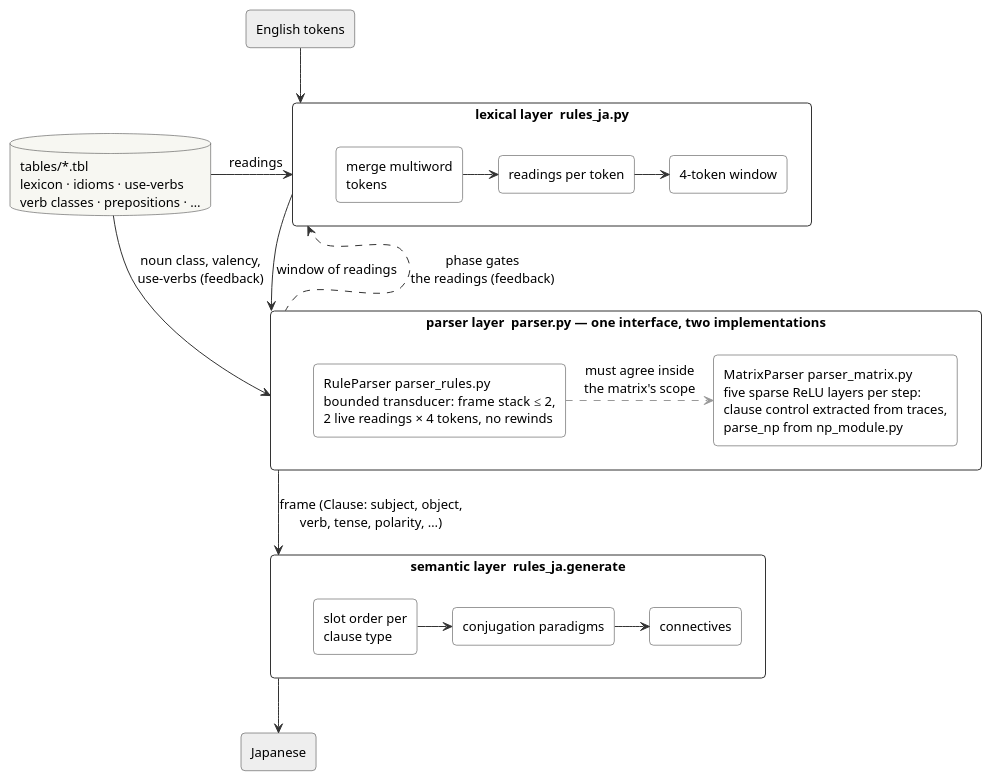
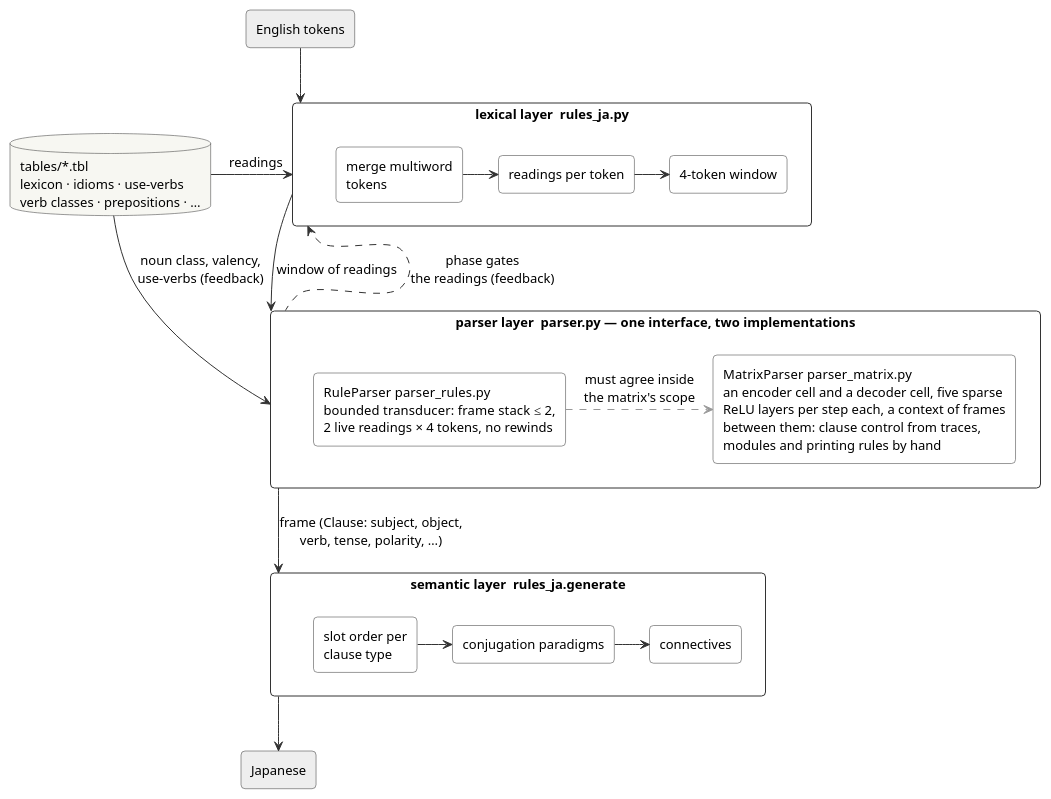
The diagram in docs/architecture.puml (liuzix/RNNTranslator), drawn with PlantUML before and after one commit. The commit also changed 21 other files, not shown here.

First line of the commit message:
encoder, context, decoder: the machine split into two cells, one frame per clause between them, read by hard attention

```diff
--- a/docs/architecture.puml
+++ b/docs/architecture.puml
@@ -1,54 +1,54 @@
 @startuml architecture
 ' The translator as a circuit: three layers, two feedback edges, and two implementations of the parser layer.
 ' Rendered hermetically by `harness/render_diagram.py` with the PlantUML jar pinned in docs/architecture.lock.json.
 skinparam shadowing false
 skinparam defaultFontName sans-serif
 skinparam defaultFontSize 13
 skinparam ArrowColor #333333
 skinparam rectangle {
   BorderColor #333333
   BackgroundColor #FFFFFF
   RoundCorner 8
 }
 skinparam database {
   BorderColor #333333
   BackgroundColor #F7F7F2
 }
 top to bottom direction
 
 rectangle "English tokens" as EN #EEEEEE
 
 rectangle "**lexical layer**  rules_ja.py" as LEX {
   rectangle "merge multiword\ntokens" as MERGE
   rectangle "readings per token" as READ
   rectangle "4-token window" as WIN
   MERGE -right-> READ
   READ -right-> WIN
 }
 
 rectangle "**parser layer**  parser.py — one interface, two implementations" as PARSE {
   rectangle "RuleParser  parser_rules.py\nbounded transducer: frame stack ≤ 2,\n2 live readings × 4 tokens, no rewinds" as RP
-  rectangle "MatrixParser  parser_matrix.py\nfive sparse ReLU layers per step:\nclause control extracted from traces,\nparse_np from np_module.py" as MP
+  rectangle "MatrixParser  parser_matrix.py\nan encoder cell and a decoder cell, five sparse\nReLU layers per step each, a context of frames\nbetween them: clause control from traces,\nmodules and printing rules by hand" as MP
   RP -right[#999999,dashed]-> MP : must agree inside\nthe matrix's scope
 }
 
 rectangle "**semantic layer**  rules_ja.generate" as GEN {
   rectangle "slot order per\nclause type" as SLOTS
   rectangle "conjugation paradigms" as CONJ
   rectangle "connectives" as CONN
   SLOTS -right-> CONJ
   CONJ -right-> CONN
 }
 
 rectangle "Japanese" as JA #EEEEEE
 
 database "tables/*.tbl\nlexicon · idioms · use-verbs\nverb classes · prepositions · …" as TBL
 
 EN -down-> LEX
 LEX -down-> PARSE : window of readings
 PARSE -down-> GEN : frame (Clause: subject, object,\nverb, tense, polarity, …)
 GEN -down-> JA
 TBL -right-> LEX : readings
 TBL -right-> PARSE : noun class, valency,\nuse-verbs (feedback)
 PARSE -up[dashed]-> LEX : phase gates\nthe readings (feedback)
 @enduml
```
